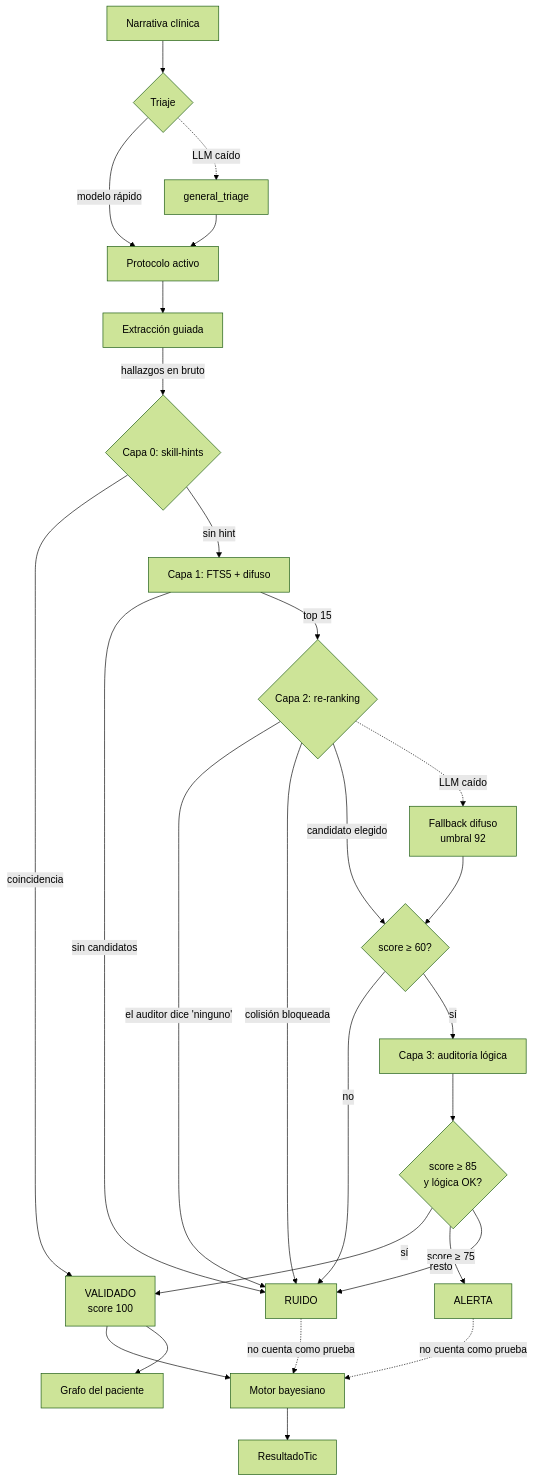
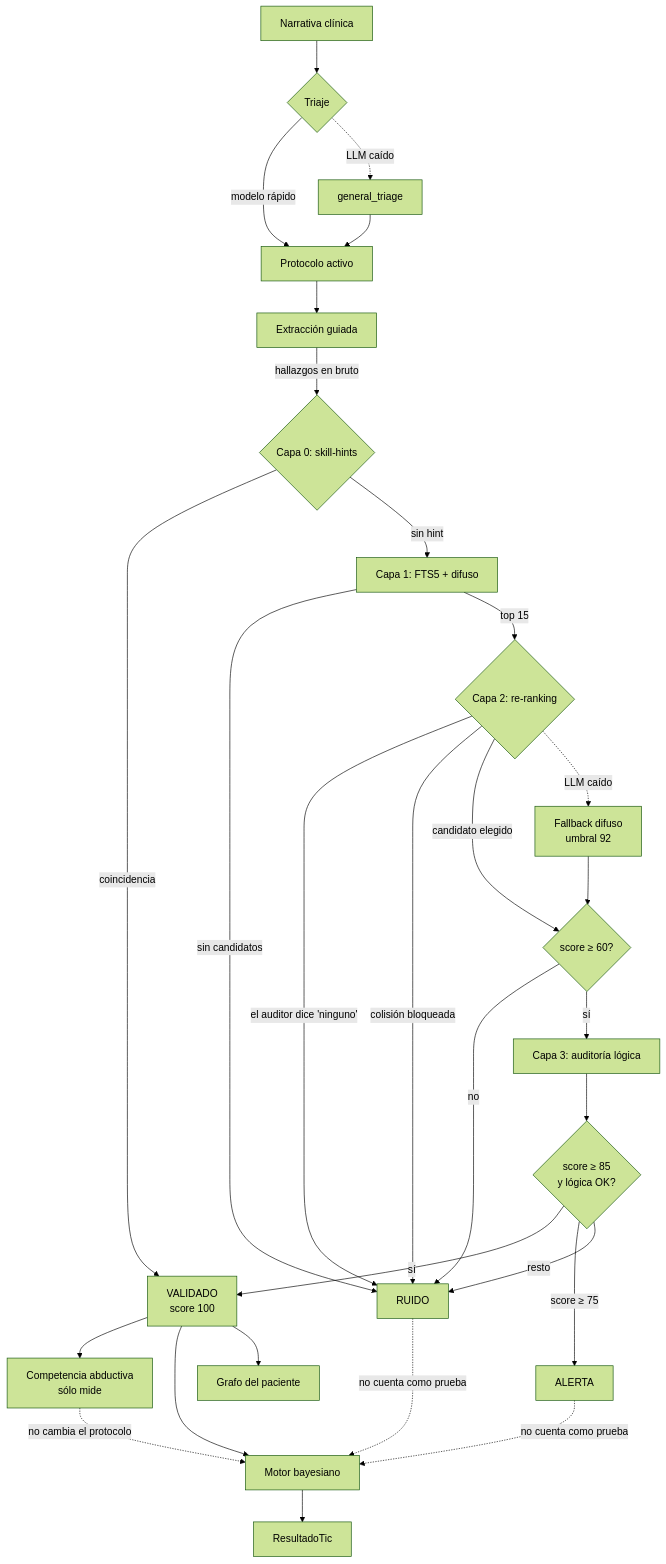
Before and after one commit to alcyedmundo281/holonmed: the diagram in docs/ARQUITECTURA.md, drawn with Mermaid (forest theme). The commit also changed other lines of this file and 4 other files, not shown here.

````diff
--- a/docs/ARQUITECTURA.md
+++ b/docs/ARQUITECTURA.md
@@ -14,36 +14,39 @@
 ```mermaid
 flowchart TD
     A[Narrativa clínica] --> B{Triaje}
     B -->|modelo rápido| C[Protocolo activo]
     B -.->|LLM caído| C2[general_triage]
     C2 --> C
 
     C --> D[Extracción guiada]
     D -->|hallazgos en bruto| E{Capa 0: skill-hints}
 
     E -->|coincidencia| V[VALIDADO<br/>score 100]
     E -->|sin hint| F[Capa 1: FTS5 + difuso]
 
     F -->|sin candidatos| R[RUIDO]
     F -->|top 15| G{Capa 2: re-ranking}
 
     G -->|el auditor dice 'ninguno'| R
     G -->|colisión bloqueada| R
     G -->|candidato elegido| H{score ≥ 60?}
     G -.->|LLM caído| I[Fallback difuso<br/>umbral 92]
     I --> H
 
     H -->|no| R
     H -->|sí| J[Capa 3: auditoría lógica]
 
     J --> K{score ≥ 85<br/>y lógica OK?}
     K -->|sí| V
     K -->|score ≥ 75| AL[ALERTA]
     K -->|resto| R
 
+    V --> CA[Competencia abductiva<br/>sólo mide]
+    CA -.->|no cambia el protocolo| M
+
     V --> M[Motor bayesiano]
     AL -.->|no cuenta como prueba| M
     R -.->|no cuenta como prueba| M
     M --> N[ResultadoTic]
     V --> G2[Grafo del paciente]
 ```
````
